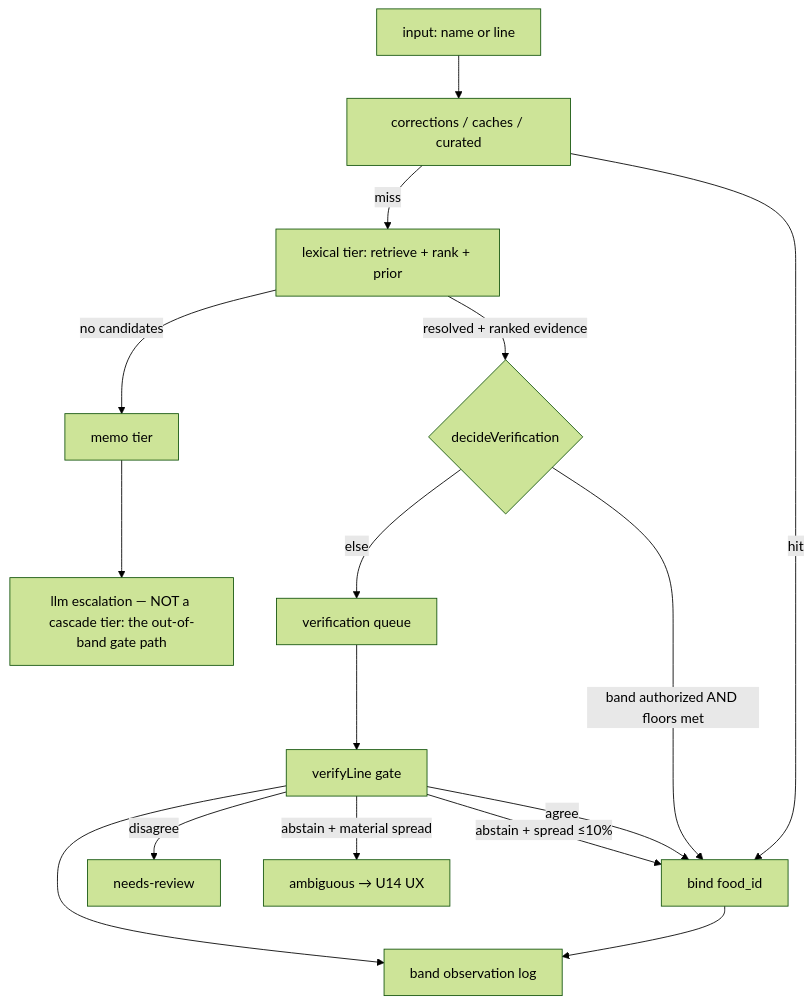
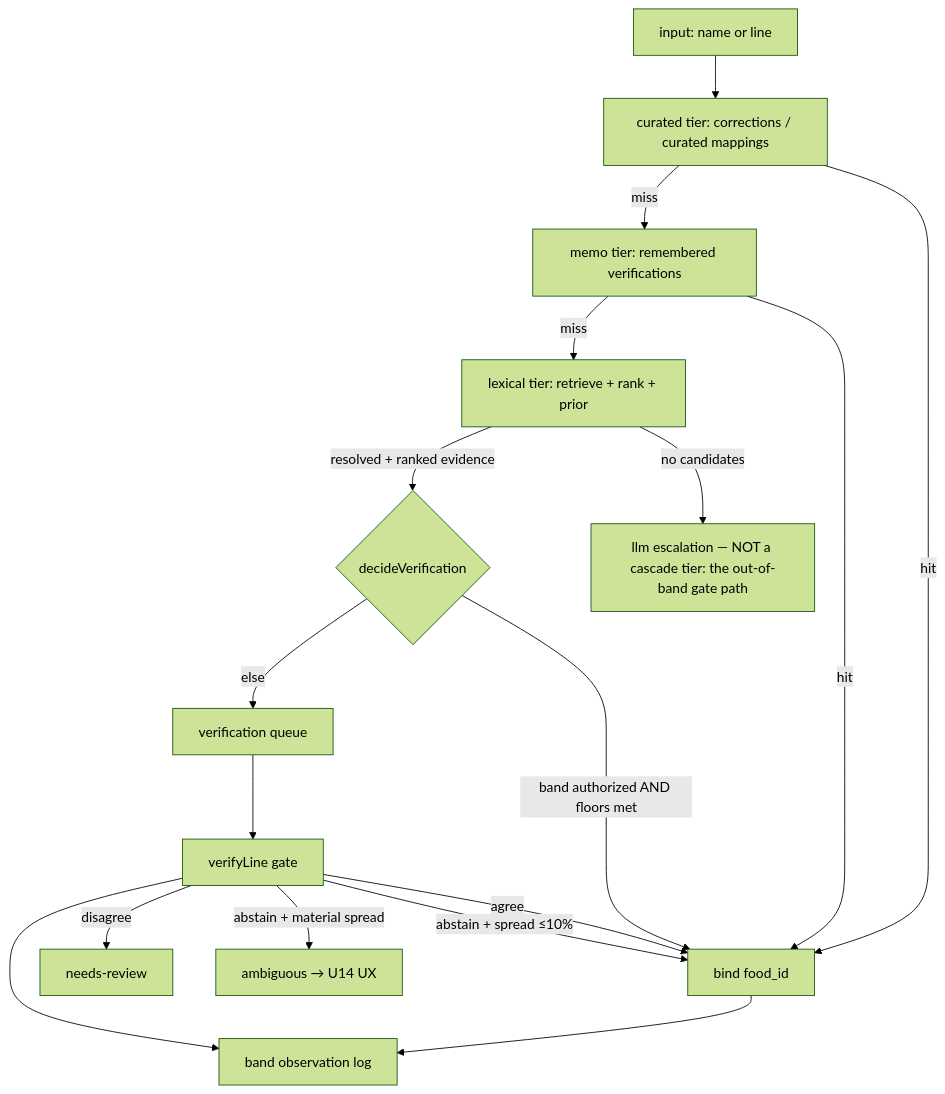
Before and after one commit to radicle-co/KitchenSink: the first of 3 diagrams in docs/plans/2026-08-30-001-feat-resolution-funnel-earned-autonomy-plan.md, drawn with Mermaid (forest theme). The commit also changed other lines of this file and 14 other files, not shown here.

````diff
--- a/docs/plans/2026-08-30-001-feat-resolution-funnel-earned-autonomy-plan.md
+++ b/docs/plans/2026-08-30-001-feat-resolution-funnel-earned-autonomy-plan.md
@@ -162,16 +176,18 @@
 ```mermaid
 flowchart TD
-    A[input: name or line] --> B[corrections / caches / curated]
-    B -->|miss| C[lexical tier: retrieve + rank + prior]
+    A[input: name or line] --> B[curated tier: corrections / curated mappings]
+    B -->|miss| M[memo tier: remembered verifications]
+    M -->|miss| C[lexical tier: retrieve + rank + prior]
     C -->|resolved + ranked evidence| G{decideVerification}
     B -->|hit| BIND[bind food_id]
-    C -->|no candidates| M[memo tier] --> L[llm escalation — NOT a cascade tier: the out-of-band gate path]
+    M -->|hit| BIND
+    C -->|no candidates| L[llm escalation — NOT a cascade tier: the out-of-band gate path]
     G -->|band authorized AND floors met| BIND
     G -->|else| Q[verification queue] --> V[verifyLine gate]
     V -->|agree| BIND
     V -->|disagree| NR[needs-review]
     V -->|abstain + material spread| AMB[ambiguous → U14 UX]
     V -->|abstain + spread ≤10%| BIND
     BIND --> OBS[band observation log]
     V --> OBS
 ```
````
